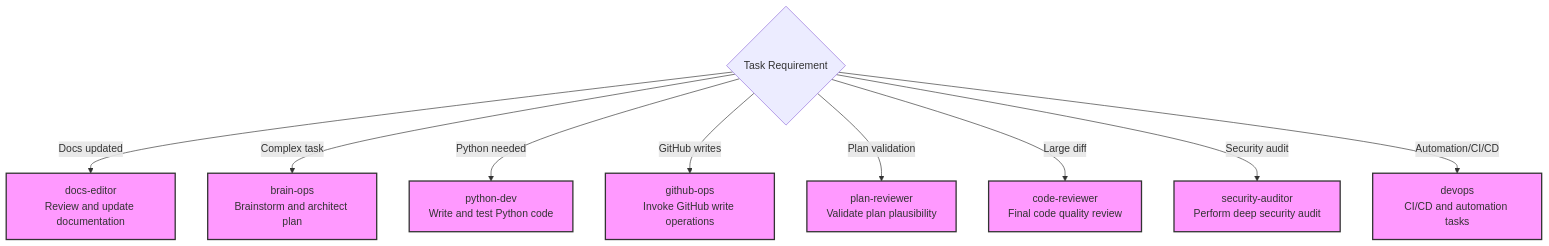
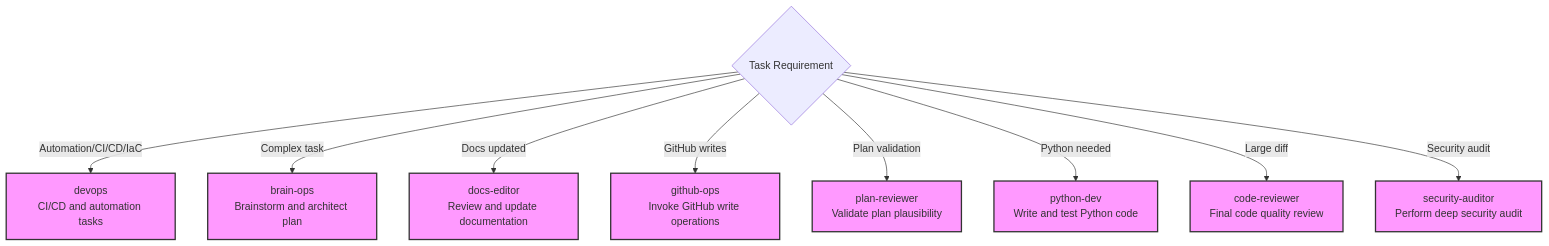
One commit to Cogni-AI-OU/cogni-ai-agent-skills changed the second of 2 diagrams in subagent-task/SKILL.md. Above: the diagram before and after it, drawn with Mermaid.

Commit message:
Refactor flowchart triggers in SKILL.md

````diff
--- a/subagent-task/SKILL.md
+++ b/subagent-task/SKILL.md
@@ -53,16 +53,16 @@
 ```mermaid
 flowchart TD
     Trigger{Task Requirement}
 
+    Trigger -->|Automation/CI/CD/IaC| DevOps["devops<br/>CI/CD and automation tasks"]
+    Trigger -->|Complex task| Brain["brain-ops<br/>Brainstorm and architect plan"]
     Trigger -->|Docs updated| Docs["docs-editor<br/>Review and update documentation"]
-    Trigger -->|Complex task| Brain["brain-ops<br/>Brainstorm and architect plan"]
-    Trigger -->|Python needed| PyDev["python-dev<br/>Write and test Python code"]
     Trigger -->|GitHub writes| GHOps["github-ops<br/>Invoke GitHub write operations"]
     Trigger -->|Plan validation| PlanRev["plan-reviewer<br/>Validate plan plausibility"]
+    Trigger -->|Python needed| PyDev["python-dev<br/>Write and test Python code"]
     Trigger -->|Large diff| CodeRev["code-reviewer<br/>Final code quality review"]
     Trigger -->|Security audit| SecAud["security-auditor<br/>Perform deep security audit"]
-    Trigger -->|Automation/CI/CD| DevOps["devops<br/>CI/CD and automation tasks"]
 
     classDef scenario fill:#f9f,stroke:#333,stroke-width:2px;
     class Docs,Brain,PyDev,GHOps,PlanRev,CodeRev,SecAud,DevOps scenario
 ```
````
